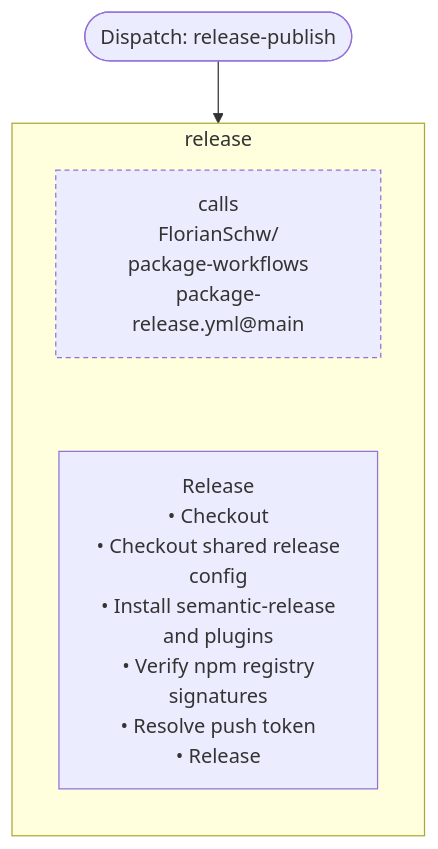
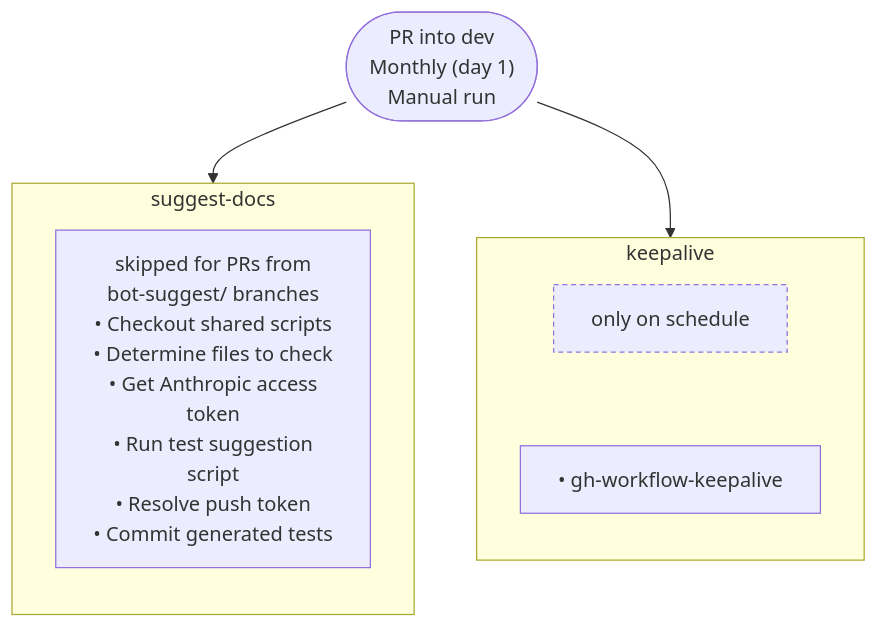
One commit to nfdi4health/dsSupportClient changed the tenth of 15 diagrams in .github/workflow-graphs/README.md. Above: the diagram before and after it, drawn with Mermaid. The commit also changed other lines of this file, not shown here.

Commit message:
docs: update workflow diagrams

````diff
--- a/.github/workflow-graphs/README.md
+++ b/.github/workflow-graphs/README.md
@@ -259,12 +234,17 @@
 ```mermaid
 flowchart TD
-  start(["Dispatch: release-publish"])
-  subgraph job_release ["release"]
+  start(["PR into dev<br/>Monthly (day 1)<br/>Manual run"])
+  subgraph job_suggest_docs ["suggest-docs"]
     direction TB
-    job_release__ref["calls<br/>FlorianSchw/<br/>package-workflows<br/>package-release.yml@main"]:::refnote
-    job_release__release["Release<br/>• Checkout<br/>• Checkout shared release<br/>config<br/>• Install semantic-release<br/>and plugins<br/>• Verify npm registry<br/>signatures<br/>• Resolve push token<br/>• Release"]
-    job_release__ref ~~~ job_release__release
+    job_suggest_docs__suggest_tests["skipped for PRs from<br/>bot-suggest/ branches<br/>• Checkout shared scripts<br/>• Determine files to check<br/>• Get Anthropic access<br/>token<br/>• Run test suggestion<br/>script<br/>• Resolve push token<br/>• Commit generated tests"]
   end
-  start --> job_release
-  classDef refnote stroke-dasharray: 4 3
+  start --> job_suggest_docs
+  subgraph job_keepalive ["keepalive"]
+    direction TB
+    job_keepalive__cond["only on schedule"]:::condnote
+    job_keepalive__keepalive["• gh-workflow-keepalive"]
+    job_keepalive__cond ~~~ job_keepalive__keepalive
+  end
+  start --> job_keepalive
+  classDef condnote stroke-dasharray: 4 3
 ```
````
